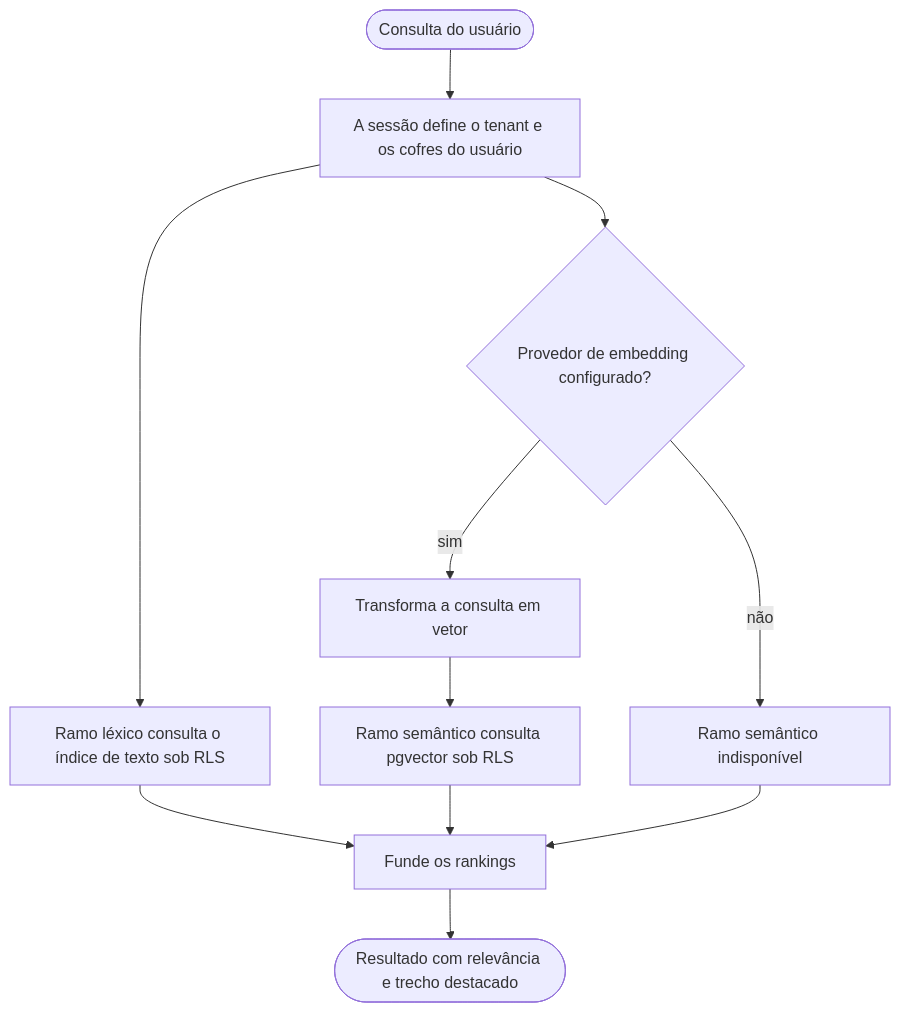
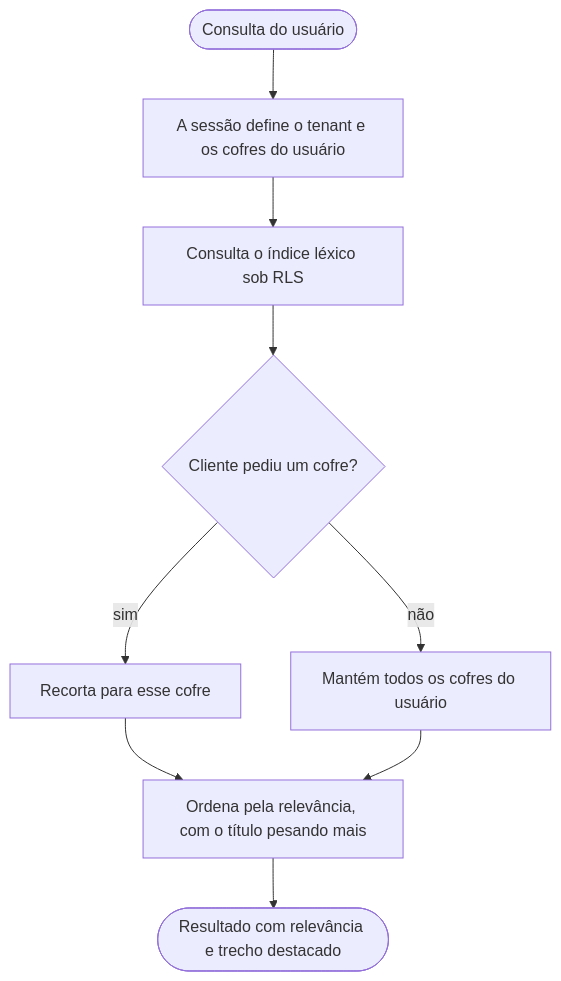
Before and after one commit to markupp-labs/markupp: the third of 4 diagrams in docs/fluxogramas.md, drawn with Mermaid. The commit also changed other lines of this file and 5 other files, not shown here.

````diff
--- a/docs/fluxogramas.md
+++ b/docs/fluxogramas.md
@@ -69,13 +71,11 @@
 ```mermaid
 flowchart TD
   A(["Consulta do usuário"]) --> B["A sessão define o tenant e os cofres do usuário"]
-  B --> C["Ramo léxico consulta o índice de texto sob RLS"]
-  B --> D{"Provedor de embedding configurado?"}
-  D -- sim --> F["Transforma a consulta em vetor"]
-  F --> G["Ramo semântico consulta pgvector sob RLS"]
-  D -- não --> E["Ramo semântico indisponível"]
-  C --> H["Funde os rankings"]
-  G --> H
-  E --> H
+  B --> C["Consulta o índice léxico sob RLS"]
+  C --> D{"Cliente pediu um cofre?"}
+  D -- sim --> E["Recorta para esse cofre"]
+  D -- não --> F["Mantém todos os cofres do usuário"]
+  E --> H["Ordena pela relevância, com o título pesando mais"]
+  F --> H
   H --> I(["Resultado com relevância e trecho destacado"])
 ```
````
